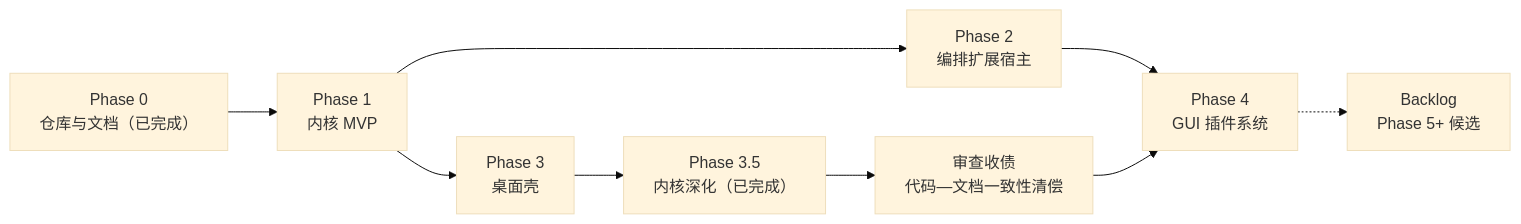
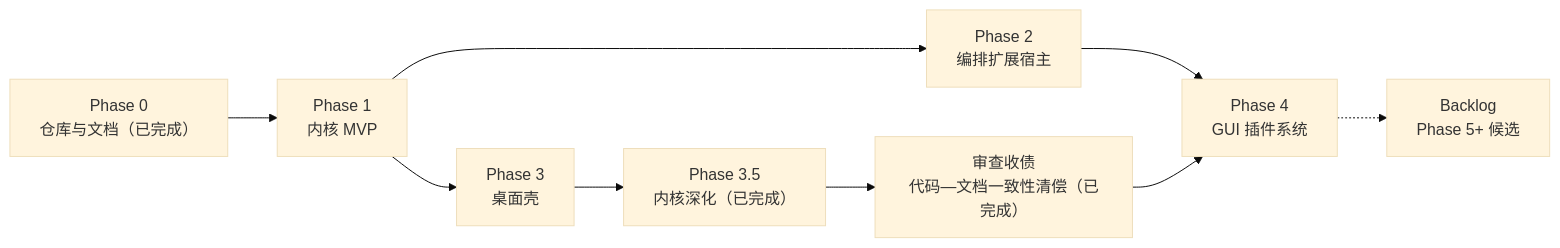
Before and after one commit to qingbird1983/timo-pi: the diagram in docs/roadmap/00-roadmap.md, drawn with Mermaid (base theme). The commit also changed other lines of this file and 7 other files, not shown here.

````diff
--- a/docs/roadmap/00-roadmap.md
+++ b/docs/roadmap/00-roadmap.md
@@ -11,11 +11,11 @@
 ```mermaid
 graph LR
     P0["Phase 0<br/>仓库与文档（已完成）"] --> P1["Phase 1<br/>内核 MVP"]
     P1 --> P2["Phase 2<br/>编排扩展宿主"]
     P1 --> P3["Phase 3<br/>桌面壳"]
     P2 --> P4["Phase 4<br/>GUI 插件系统"]
     P3 --> P35["Phase 3.5<br/>内核深化（已完成）"]
-    P35 --> AD["审查收债<br/>代码—文档一致性清偿"]
+    P35 --> AD["审查收债<br/>代码—文档一致性清偿（已完成）"]
     AD --> P4
     P4 -.-> B["Backlog<br/>Phase 5+ 候选"]
 ```
````
